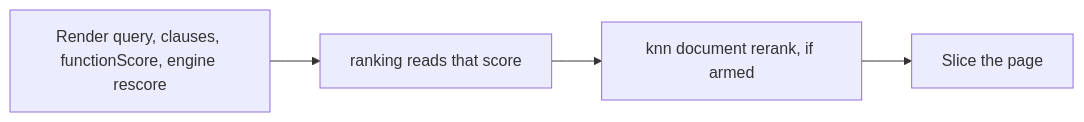
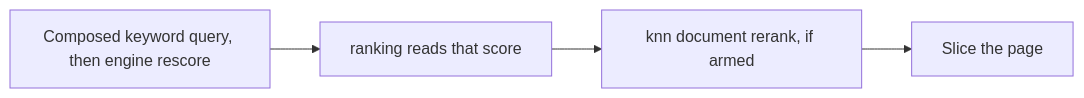
One commit to datahub-project/datahub changed the diagram in docs/developers/search-v3-design.md. Above: the diagram before and after it, drawn with Mermaid. The commit also changed other lines of this file and 1 other file, not shown here.

First line of the commit message:
docs(search): bind field weights through the composed keyword query

````diff
--- a/docs/developers/search-v3-design.md
+++ b/docs/developers/search-v3-design.md
@@ -649,6 +651,6 @@
 ```mermaid
 flowchart LR
-  render["Render query, clauses, functionScore, engine rescore"] --> ranking["ranking reads that score"]
+  render["Composed keyword query, then engine rescore"] --> ranking["ranking reads that score"]
   ranking --> knn["knn document rerank, if armed"]
   knn --> slice["Slice the page"]
 ```
````
